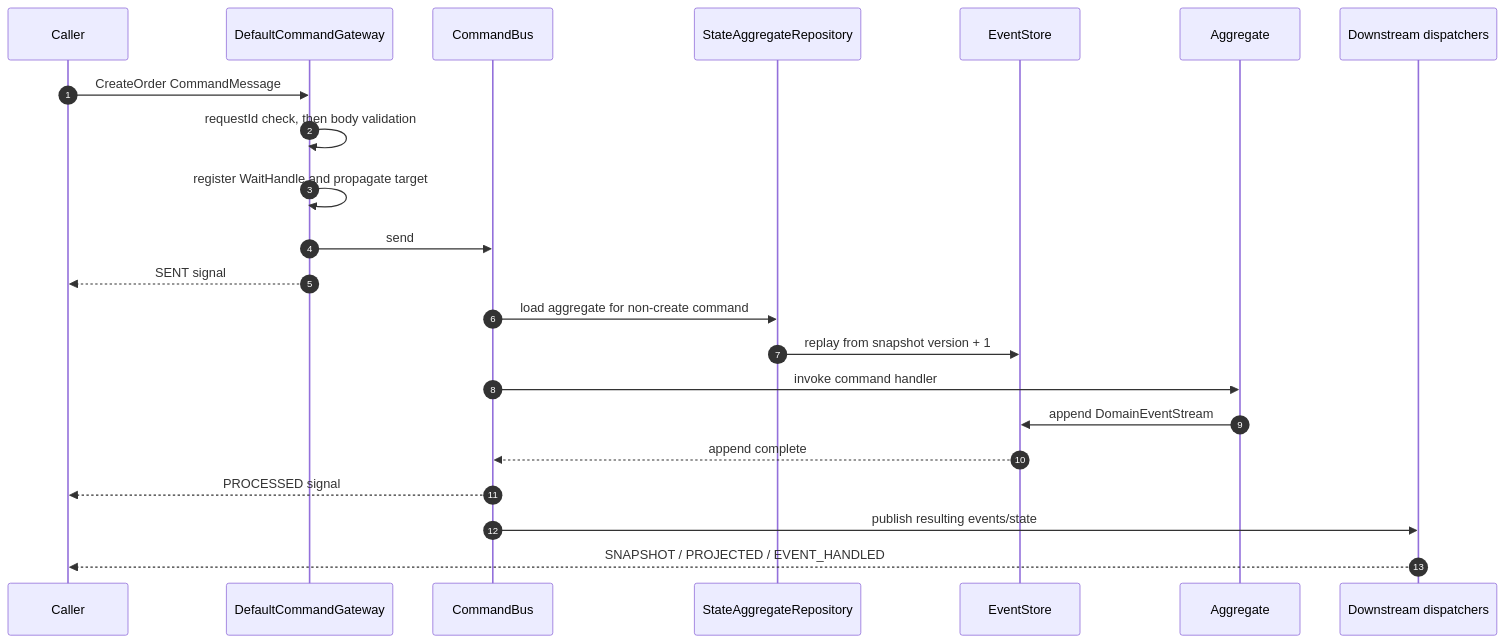
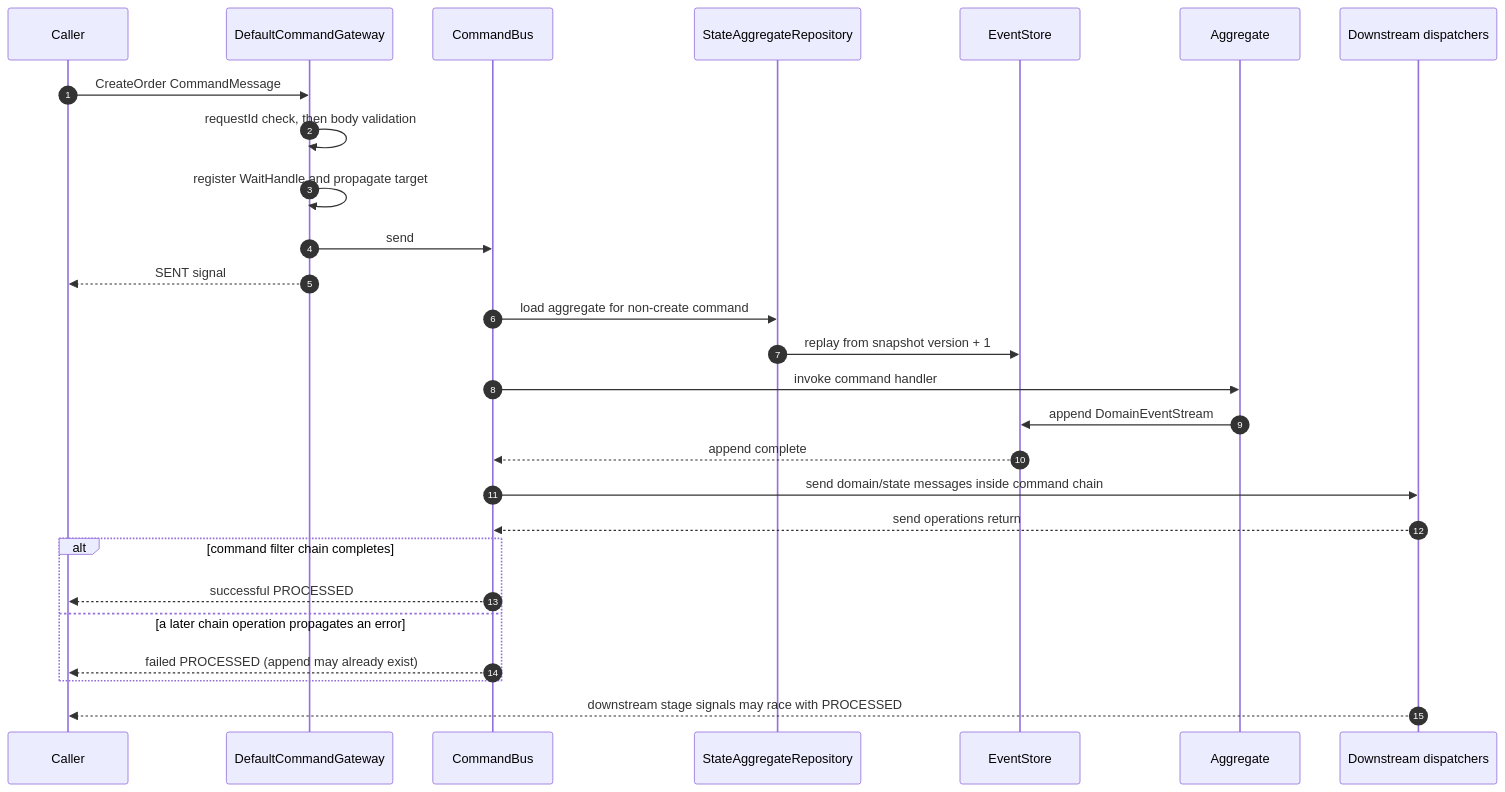
Before and after one commit to Ahoo-Wang/Wow: the second of 2 diagrams in documentation/docs/en/guide/command-gateway.md, drawn with Mermaid. The commit also changed other lines of this file and 5 other files, not shown here.

Commit message:
docs: correct command processing stage semantics

````diff
--- a/documentation/docs/en/guide/command-gateway.md
+++ b/documentation/docs/en/guide/command-gateway.md
@@ -167,25 +167,30 @@
 ```mermaid
 sequenceDiagram
     autonumber
     participant C as Caller
     participant G as DefaultCommandGateway
     participant B as CommandBus
     participant R as StateAggregateRepository
     participant E as EventStore
     participant A as Aggregate
     participant D as Downstream dispatchers
 
     C->>G: CreateOrder CommandMessage
     G->>G: requestId check, then body validation
     G->>G: register WaitHandle and propagate target
     G->>B: send
     G-->>C: SENT signal
     B->>R: load aggregate for non-create command
     R->>E: replay from snapshot version + 1
     B->>A: invoke command handler
     A->>E: append DomainEventStream
     E-->>B: append complete
-    B-->>C: PROCESSED signal
-    B->>D: publish resulting events/state
-    D-->>C: SNAPSHOT / PROJECTED / EVENT_HANDLED
+    B->>D: send domain/state messages inside command chain
+    D-->>B: send operations return
+    alt command filter chain completes
+        B-->>C: successful PROCESSED
+    else a later chain operation propagates an error
+        B-->>C: failed PROCESSED (append may already exist)
+    end
+    D-->>C: downstream stage signals may race with PROCESSED
 ```
````
